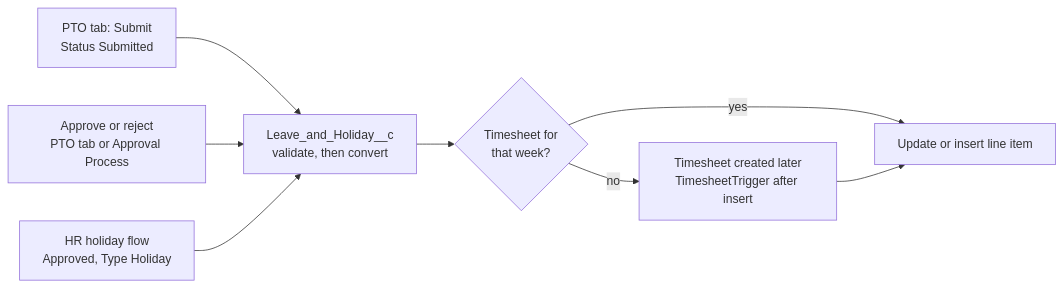
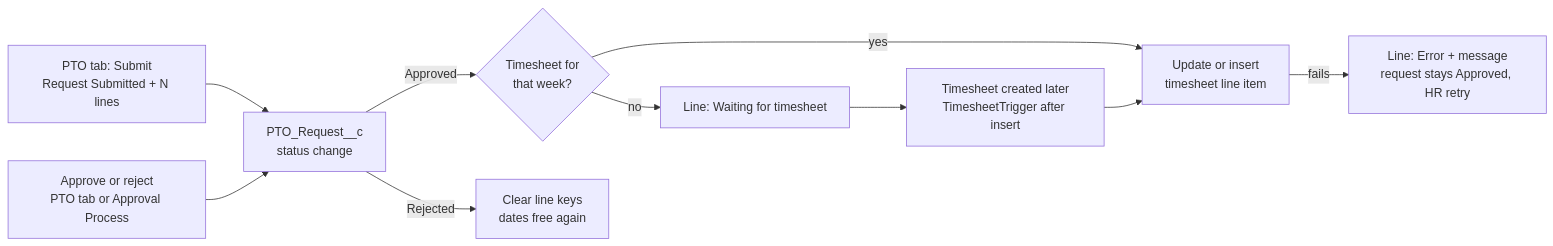
One commit to AyanBhunia/SF-TimeSheet changed the diagram in docs/pto/pto-technical-plan.md. Above: the diagram before and after it, drawn with Mermaid. The commit also changed other lines of this file and 67 other files, not shown here.

First line of the commit message:
PTO v2: PTO Request with Leave Line Items, approve whole requests

````diff
--- a/docs/pto/pto-technical-plan.md
+++ b/docs/pto/pto-technical-plan.md
@@ -161,10 +204,12 @@
 ```mermaid
 flowchart LR
-  A[PTO tab: Submit<br/>Status Submitted] --> L
-  B[Approve or reject<br/>PTO tab or Approval Process] --> L
-  C[HR holiday flow<br/>Approved, Type Holiday] --> L
-  L[Leave_and_Holiday__c<br/>validate, then convert] --> D{Timesheet for<br/>that week?}
-  D -- yes --> I[Update or insert line item]
-  D -- no --> T[Timesheet created later<br/>TimesheetTrigger after insert]
+  A[PTO tab: Submit<br/>Request Submitted + N lines] --> R
+  B[Approve or reject<br/>PTO tab or Approval Process] --> R
+  R[PTO_Request__c<br/>status change] -- Approved --> D{Timesheet for<br/>that week?}
+  R -- Rejected --> K[Clear line keys<br/>dates free again]
+  D -- yes --> I[Update or insert<br/>timesheet line item]
+  D -- no --> W[Line: Waiting for timesheet]
+  W --> T[Timesheet created later<br/>TimesheetTrigger after insert]
   T --> I
+  I -- fails --> E[Line: Error + message<br/>request stays Approved, HR retry]
 ```
````
